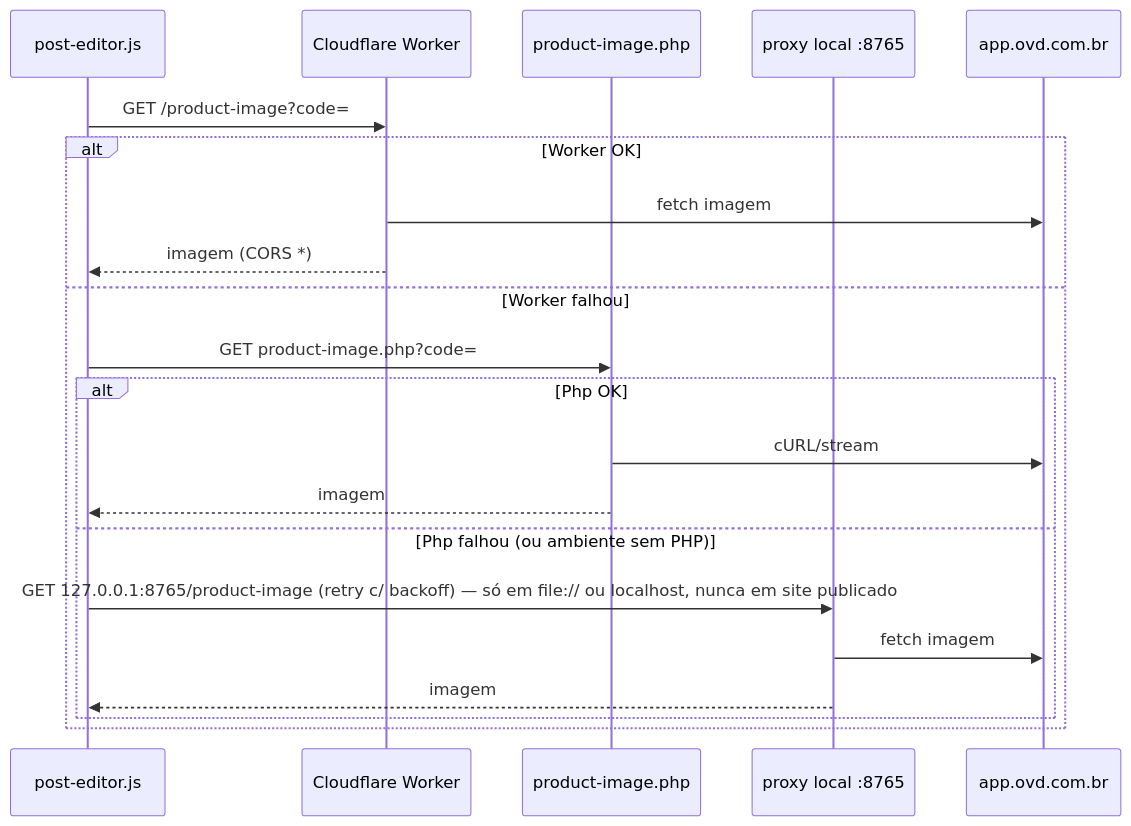
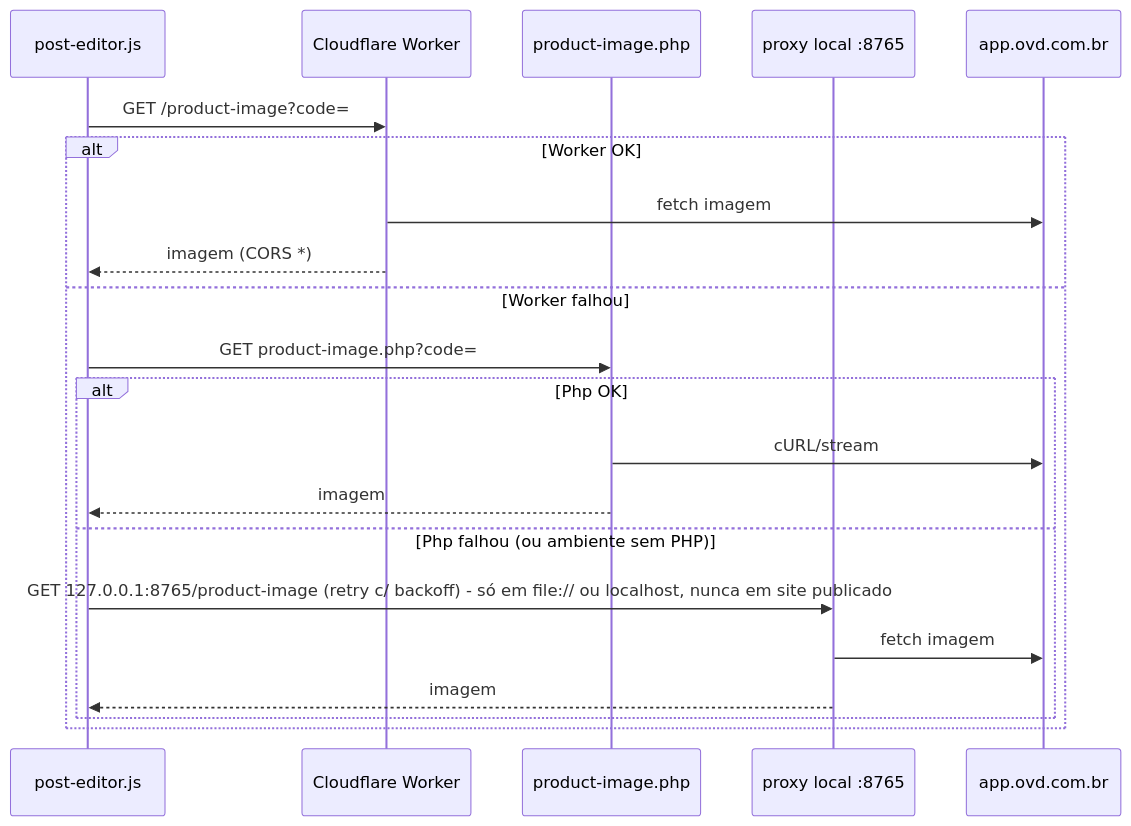
One commit to vonderferramentas-coder/portalmktovd changed the fourth of 5 diagrams in docs/CODEBASE_MAP.md. Above: the diagram before and after it, drawn with Mermaid. The commit also changed other lines of this file and 57 other files, not shown here.

````diff
--- a/docs/CODEBASE_MAP.md
+++ b/docs/CODEBASE_MAP.md
@@ -291,24 +291,24 @@
 ```mermaid
 sequenceDiagram
     participant Editor as post-editor.js
     participant Worker as Cloudflare Worker
     participant Php as product-image.php
     participant Local as proxy local :8765
     participant Ovd as app.ovd.com.br
 
     Editor->>Worker: GET /product-image?code=
     alt Worker OK
         Worker->>Ovd: fetch imagem
         Worker-->>Editor: imagem (CORS *)
     else Worker falhou
         Editor->>Php: GET product-image.php?code=
         alt Php OK
             Php->>Ovd: cURL/stream
             Php-->>Editor: imagem
         else Php falhou (ou ambiente sem PHP)
-            Editor->>Local: GET 127.0.0.1:8765/product-image (retry c/ backoff) — só em file:// ou localhost, nunca em site publicado
+            Editor->>Local: GET 127.0.0.1:8765/product-image (retry c/ backoff) - só em file:// ou localhost, nunca em site publicado
             Local->>Ovd: fetch imagem
             Local-->>Editor: imagem
         end
     end
 ```
````
